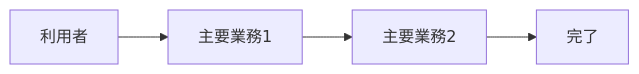
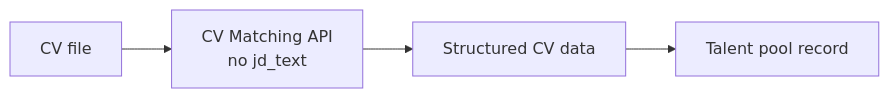
One commit to vietld-3584/CV-Matching changed the second of 2 diagrams in docs/02_requirements/business-flow.md. Above: the diagram before and after it, drawn with Mermaid. The commit also changed other lines of this file and 83 other files, not shown here.

````diff
--- a/docs/02_requirements/business-flow.md
+++ b/docs/02_requirements/business-flow.md
@@ -10,6 +41,6 @@
 ```mermaid
 flowchart LR
-    A[利用者] --> B[主要業務1]
-    B --> C[主要業務2]
-    C --> D[完了]
+    A[CV file] --> B[CV Matching API<br/>no jd_text]
+    B --> C[Structured CV data]
+    C --> D[Talent pool record]
 ```
````
